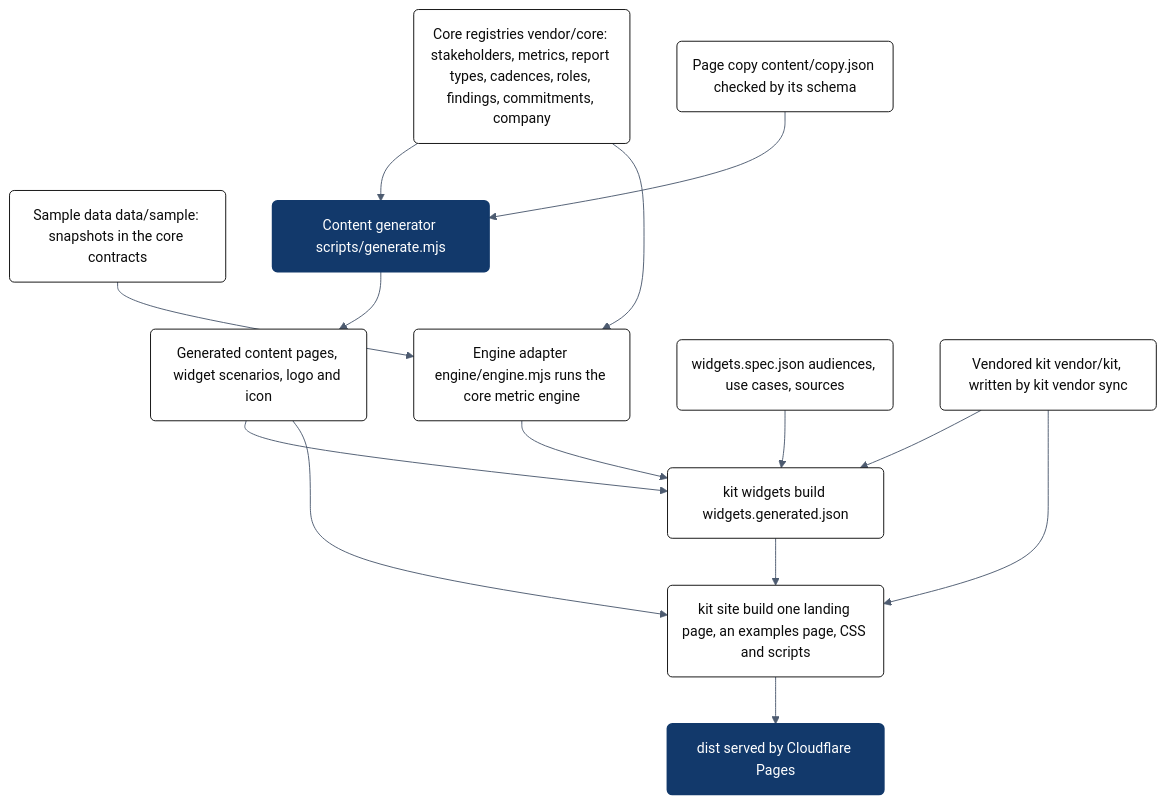
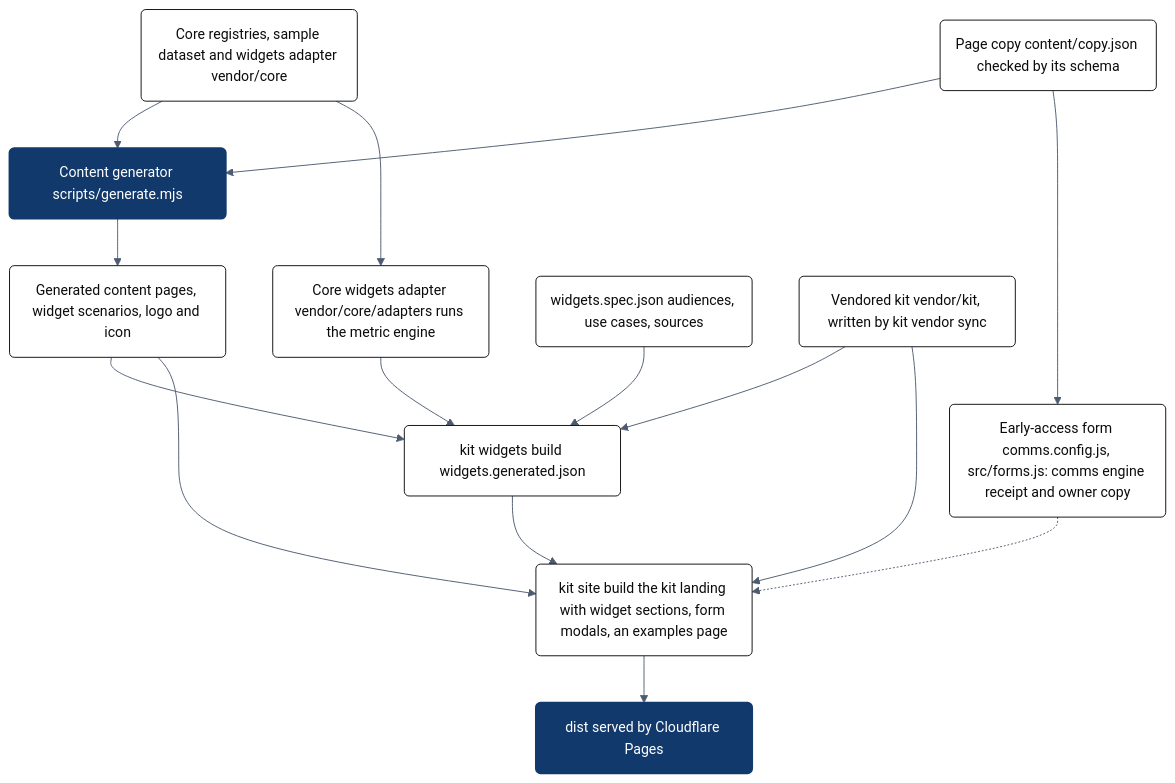
The diagram in docs/diagrams/landing-architecture.mmd (SaasReport/landing), drawn with Mermaid before and after one commit. The commit also changed 61 other files, not shown here.

First line of the commit message:
Landing on the kit's own landing: hero visual, eight embedded widgets, early-access form on the comms engine

```diff
--- a/docs/diagrams/landing-architecture.mmd
+++ b/docs/diagrams/landing-architecture.mmd
@@ -1,29 +1,30 @@
 %%{init: {"theme":"base","themeVariables":{"fontFamily":"Inter, Arial, sans-serif","fontSize":"15px","textColor":"#0B0B0B","stateLabelColor":"#0B0B0B","transitionLabelColor":"#0B0B0B","background":"#F7F9FC","primaryColor":"#FFFFFF","primaryTextColor":"#0B0B0B","primaryBorderColor":"#0B0B0B","lineColor":"#4D5B70","secondaryColor":"#EDF1F6","tertiaryColor":"#F7F9FC","clusterBkg":"#EDF1F6","clusterBorder":"#B9C6D8","edgeLabelBackground":"#F7F9FC","titleColor":"#0B0B0B","actorBkg":"#0B0B0B","actorBorder":"#0B0B0B","actorTextColor":"#FFFFFF","actorLineColor":"#B9C6D8","signalColor":"#0B0B0B","signalTextColor":"#0B0B0B","labelBoxBkgColor":"#F7F9FC","labelBoxBorderColor":"#B9C6D8","noteBkgColor":"#EEF3F9","noteBorderColor":"#6F9BD8","sequenceNumberColor":"#FFFFFF","stateBkg":"#FFFFFF","stateBorder":"#0B0B0B","transitionColor":"#4D5B70","specialStateColor":"#12396B"}}}%%
 %% kit:diagram {"id":"saasreport.landing.architecture","title":"How the landing is built","project":"saasreport","kind":"architecture","summary":"From the core registries and the page's own copy, through the content generator, the kit's widgets and site builders, to dist on Cloudflare Pages.","lineage":{"derives_from":[],"supersedes":[],"version":"1"},"relates_to":[{"id":"saasreport.landing.widgets","relation":"sibling"}],"depicts":[{"kind":"file","ref":"the content generator","path":"scripts/generate.mjs"},{"kind":"file","ref":"the site project","path":"site.config.js"},{"kind":"doc","ref":"the architecture description","path":"docs/ARCHITECTURE.md"}],"reviewed":"2026-10-28"}
 flowchart TB
-  reg("Core registries vendor/core: stakeholders, metrics, report types, cadences, roles, findings, commitments, company")
+  reg("Core registries, sample dataset and widgets adapter vendor/core")
   copy("Page copy content/copy.json checked by its schema")
-  sample("Sample data data/sample: snapshots in the core contracts")
   gen("Content generator scripts/generate.mjs")
   gen_out("Generated content pages, widget scenarios, logo and icon")
-  eng("Engine adapter engine/engine.mjs runs the core metric engine")
+  eng("Core widgets adapter vendor/core/adapters runs the metric engine")
   spec("widgets.spec.json audiences, use cases, sources")
   wb("kit widgets build widgets.generated.json")
-  sb("kit site build one landing page, an examples page, CSS and scripts")
+  sb("kit site build the kit landing with widget sections, form modals, an examples page")
   dist("dist served by Cloudflare Pages")
   kit("Vendored kit vendor/kit, written by kit vendor sync")
   reg --> gen
   copy --> gen
-  sample --> eng
   reg --> eng
   gen --> gen_out
   gen_out --> wb
   spec --> wb
   eng --> wb
   wb --> sb
   gen_out --> sb
   kit --> wb
   kit --> sb
   sb --> dist
+  forms("Early-access form comms.config.js, src/forms.js: comms engine receipt and owner copy")
+  copy --> forms
+  forms -.-> sb
   class gen,dist accent
   classDef accent fill:#12396B,stroke:#12396B,color:#FFFFFF,stroke-width:2px
```
